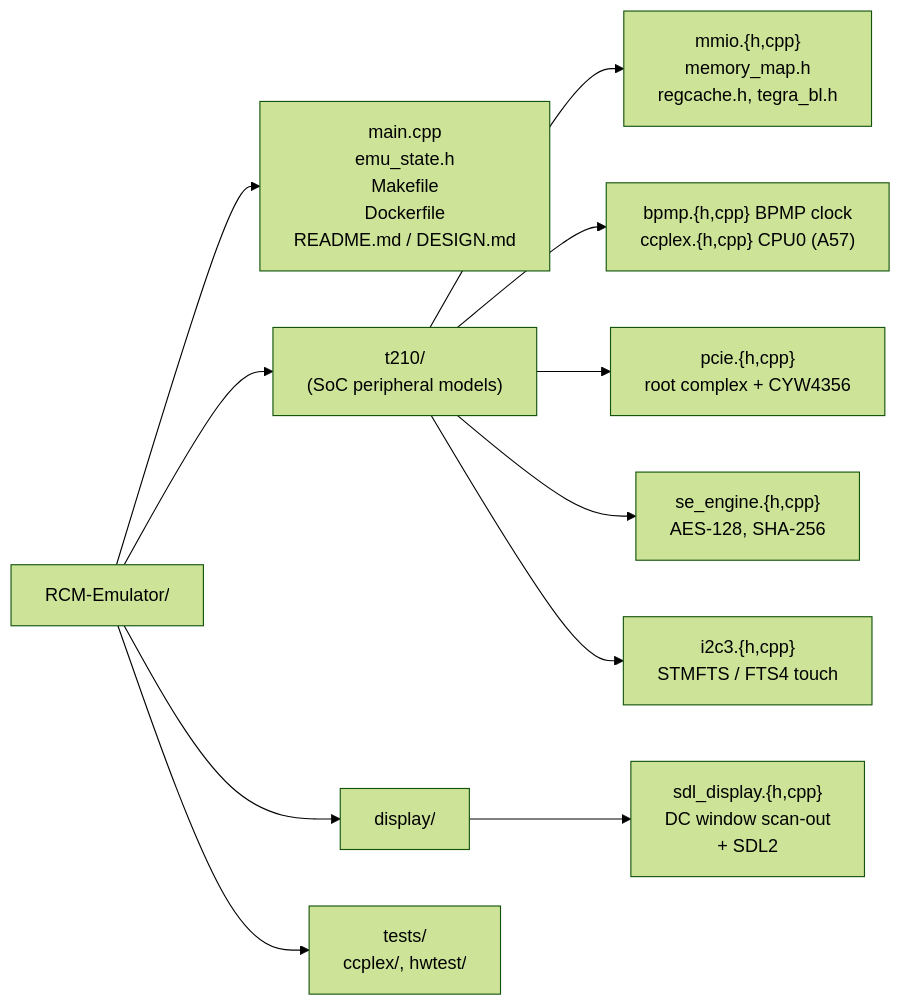
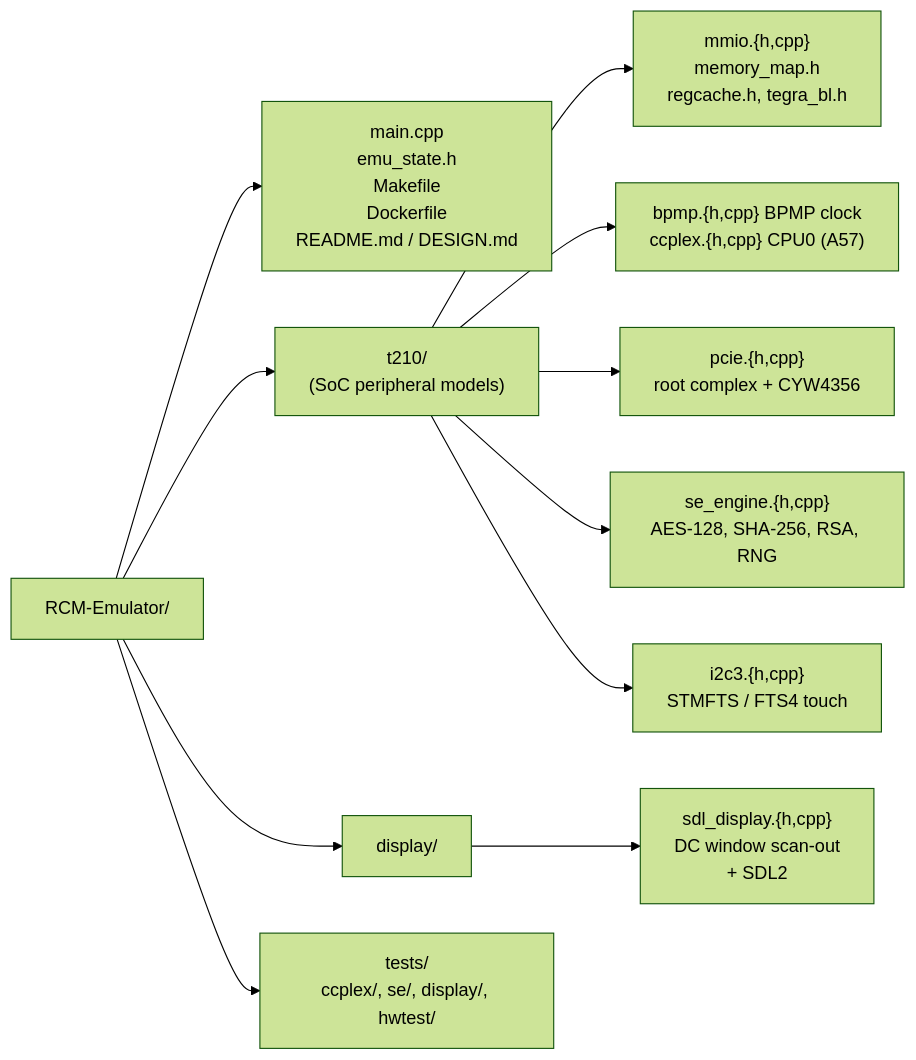
The diagram in README.md (Creased/RCM-Emulator), drawn with Mermaid (forest theme) before and after one commit. The commit also changed other lines of this file and 9 other files, not shown here.

````diff
--- a/README.md
+++ b/README.md
@@ -285,16 +285,16 @@
 ```mermaid
 flowchart LR
     root["RCM-Emulator/"]
     root --> top["main.cpp<br/>emu_state.h<br/>Makefile<br/>Dockerfile<br/>README.md / DESIGN.md"]
     root --> t210["t210/<br/>(SoC peripheral models)"]
     root --> display["display/"]
-    root --> tests["tests/<br/>ccplex/, hwtest/"]
+    root --> tests["tests/<br/>ccplex/, se/, display/, hwtest/"]
 
     t210 --> mmio["mmio.{h,cpp}<br/>memory_map.h<br/>regcache.h, tegra_bl.h"]
     t210 --> cpus["bpmp.{h,cpp} BPMP clock<br/>ccplex.{h,cpp} CPU0 (A57)"]
     t210 --> pcie["pcie.{h,cpp}<br/>root complex + CYW4356"]
-    t210 --> se["se_engine.{h,cpp}<br/>AES-128, SHA-256"]
+    t210 --> se["se_engine.{h,cpp}<br/>AES-128, SHA-256, RSA, RNG"]
     t210 --> i2c["i2c3.{h,cpp}<br/>STMFTS / FTS4 touch"]
 
     display --> sdl["sdl_display.{h,cpp}<br/>DC window scan-out<br/>+ SDL2"]
 ```
````
